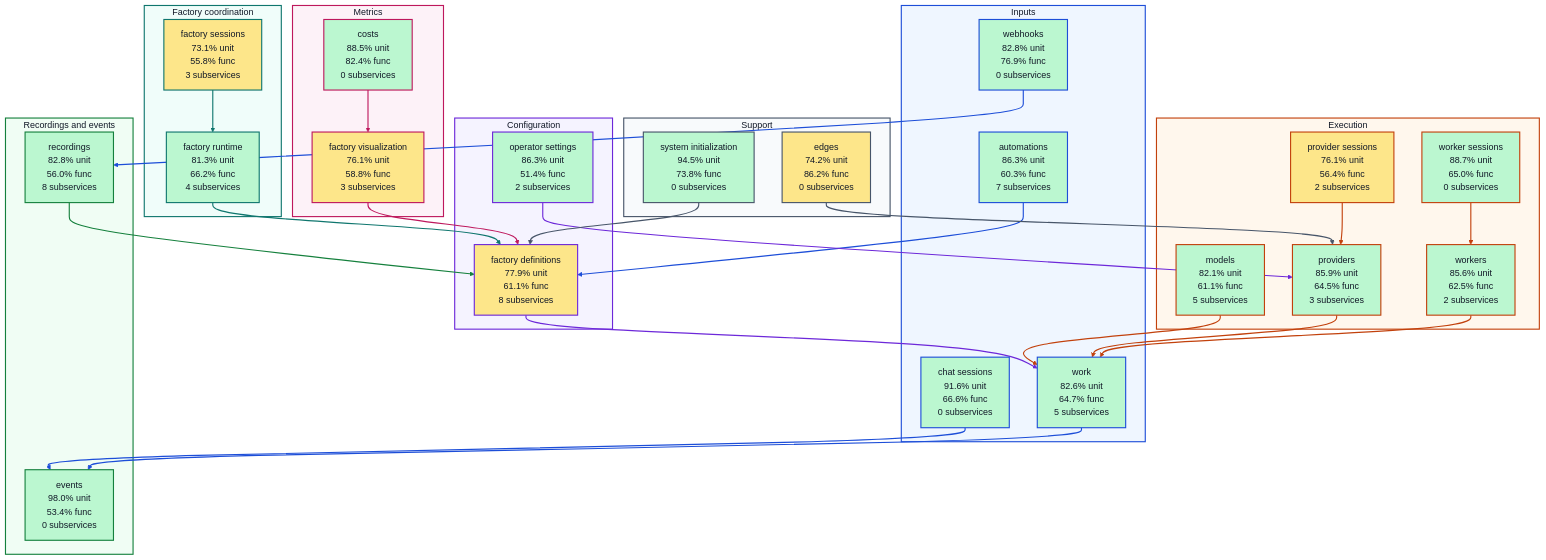
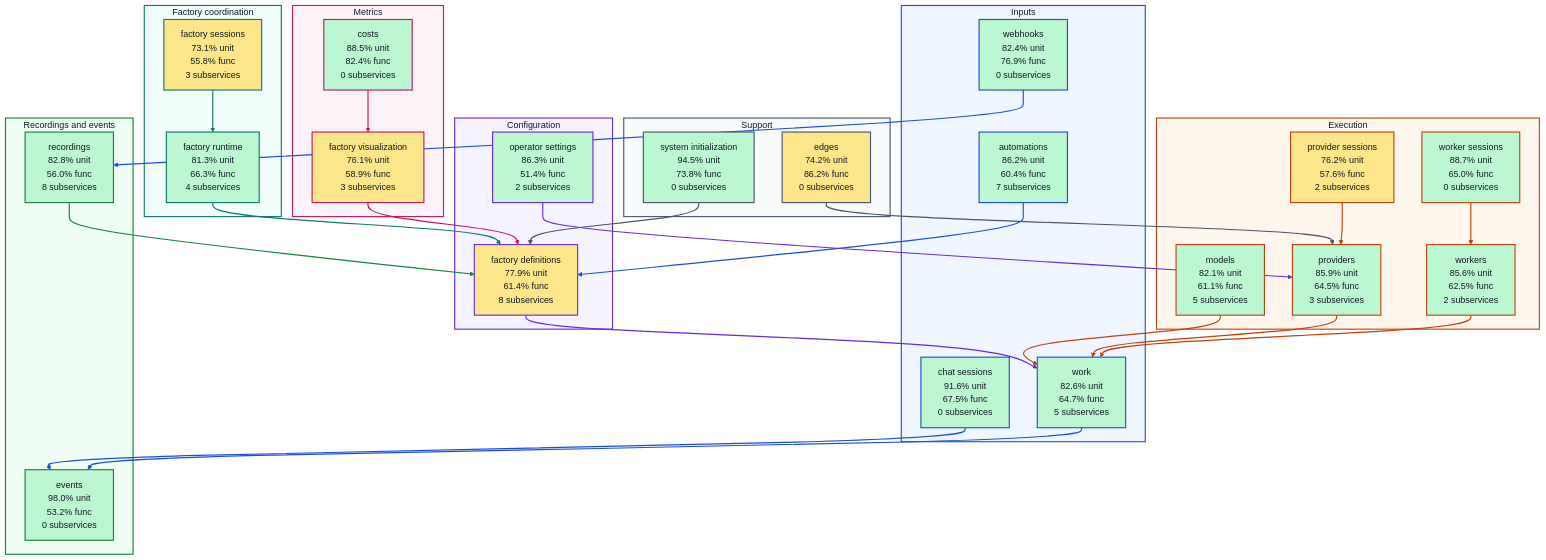
Before and after one commit to portpowered/you-agent-factory: the diagram in docs/architecture/visualizations/high-level-test-coverage.md, drawn with Mermaid. The commit also changed other lines of this file and 20 other files, not shown here.

Commit message:
docs: refresh backend architecture visualizations

````diff
--- a/docs/architecture/visualizations/high-level-test-coverage.md
+++ b/docs/architecture/visualizations/high-level-test-coverage.md
@@ -11,33 +11,33 @@
 ```mermaid
 flowchart TB
   subgraph input["Inputs"]
-    s_services_automations["automations<br/>86.3% unit<br/>60.3% func<br/>7 subservices"]
-    s_services_chat_sessions["chat sessions<br/>91.6% unit<br/>66.6% func<br/>0 subservices"]
-    s_services_webhooks["webhooks<br/>82.8% unit<br/>76.9% func<br/>0 subservices"]
+    s_services_automations["automations<br/>86.2% unit<br/>60.4% func<br/>7 subservices"]
+    s_services_chat_sessions["chat sessions<br/>91.6% unit<br/>67.5% func<br/>0 subservices"]
+    s_services_webhooks["webhooks<br/>82.4% unit<br/>76.9% func<br/>0 subservices"]
     s_services_work["work<br/>82.6% unit<br/>64.7% func<br/>5 subservices"]
   end
   subgraph configuration["Configuration"]
-    s_services_factory_definitions["factory definitions<br/>77.9% unit<br/>61.1% func<br/>8 subservices"]
+    s_services_factory_definitions["factory definitions<br/>77.9% unit<br/>61.4% func<br/>8 subservices"]
     s_services_operator_settings["operator settings<br/>86.3% unit<br/>51.4% func<br/>2 subservices"]
   end
   subgraph coordination["Factory coordination"]
-    s_services_factory_runtime["factory runtime<br/>81.3% unit<br/>66.2% func<br/>4 subservices"]
+    s_services_factory_runtime["factory runtime<br/>81.3% unit<br/>66.3% func<br/>4 subservices"]
     s_services_factory_sessions["factory sessions<br/>73.1% unit<br/>55.8% func<br/>3 subservices"]
   end
   subgraph execution["Execution"]
     s_services_models["models<br/>82.1% unit<br/>61.1% func<br/>5 subservices"]
-    s_services_provider_sessions["provider sessions<br/>76.1% unit<br/>56.4% func<br/>2 subservices"]
+    s_services_provider_sessions["provider sessions<br/>76.2% unit<br/>57.6% func<br/>2 subservices"]
     s_services_providers["providers<br/>85.9% unit<br/>64.5% func<br/>3 subservices"]
     s_services_worker_sessions["worker sessions<br/>88.7% unit<br/>65.0% func<br/>0 subservices"]
     s_services_workers["workers<br/>85.6% unit<br/>62.5% func<br/>2 subservices"]
   end
   subgraph recordings["Recordings and events"]
-    s_services_events["events<br/>98.0% unit<br/>53.4% func<br/>0 subservices"]
+    s_services_events["events<br/>98.0% unit<br/>53.2% func<br/>0 subservices"]
     s_services_recordings["recordings<br/>82.8% unit<br/>56.0% func<br/>8 subservices"]
   end
   subgraph metrics["Metrics"]
     s_services_costs["costs<br/>88.5% unit<br/>82.4% func<br/>0 subservices"]
-    s_services_factory_visualization["factory visualization<br/>76.1% unit<br/>58.8% func<br/>3 subservices"]
+    s_services_factory_visualization["factory visualization<br/>76.1% unit<br/>58.9% func<br/>3 subservices"]
   end
   subgraph support["Support"]
     s_services_edges["edges<br/>74.2% unit<br/>86.2% func<br/>0 subservices"]
````
